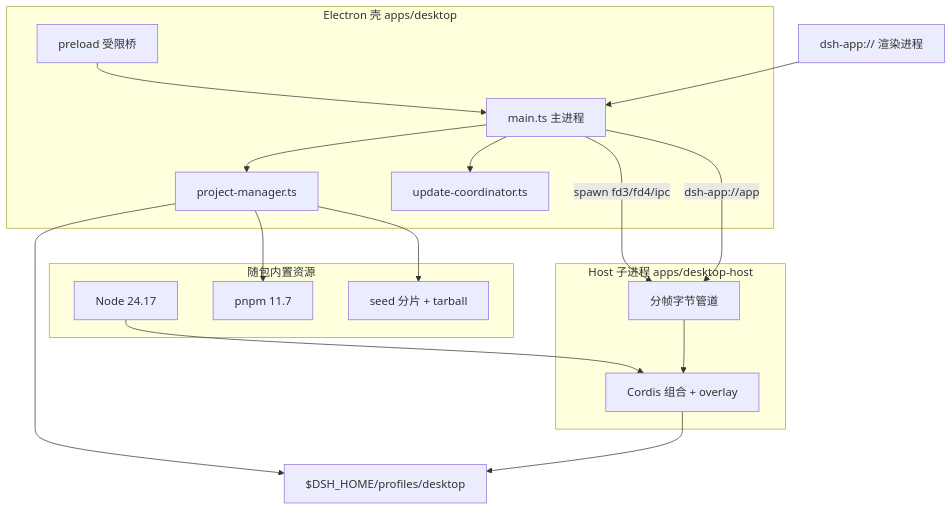
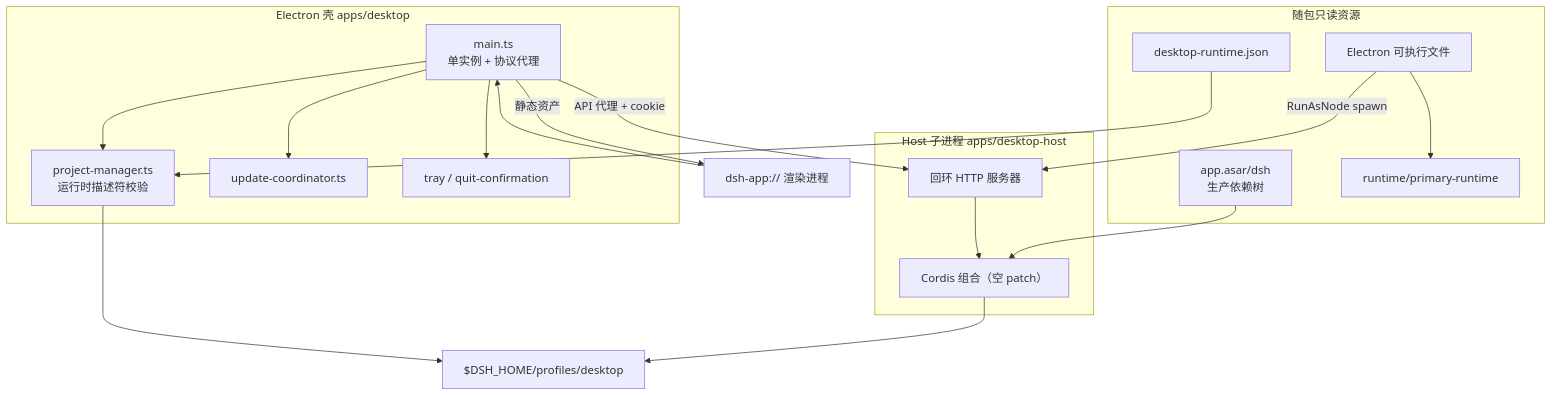
The first of 3 diagrams in ai-agent/deepseek-harness/desktop-app.md (morehao/oss-insights), drawn with Mermaid before and after one commit. The commit also changed other lines of this file and 28 other files, not shown here.

````diff
--- a/ai-agent/deepseek-harness/desktop-app.md
+++ b/ai-agent/deepseek-harness/desktop-app.md
@@ -59,32 +66,34 @@
 ```mermaid
 graph TB
   subgraph Shell["Electron 壳 apps/desktop"]
-    MainProc["main.ts 主进程"]
-    ProjectMgr["project-manager.ts"]
+    MainProc["main.ts<br>单实例 + 协议代理"]
+    ProjectMgr["project-manager.ts<br>运行时描述符校验"]
     Updater["update-coordinator.ts"]
-    ShellPreload["preload 受限桥"]
+    TrayMod["tray / quit-confirmation"]
   end
-  subgraph Bundled["随包内置资源"]
-    NodeBin["Node 24.17"]
-    PnpmBin["pnpm 11.7"]
-    Seed["seed 分片 + tarball"]
+  subgraph Bundled["随包只读资源"]
+    ElectronSelf["Electron 可执行文件"]
+    DshTree["app.asar/dsh<br>生产依赖树"]
+    Manifest["desktop-runtime.json"]
+    Primary["runtime/primary-runtime"]
   end
   subgraph HostProc["Host 子进程 apps/desktop-host"]
-    Wire["分帧字节管道"]
-    Compose["Cordis 组合 + overlay"]
+    Http["回环 HTTP 服务器"]
+    Compose["Cordis 组合（空 patch）"]
   end
   Profile["$DSH_HOME/profiles/desktop"]
   Renderer["dsh-app:// 渲染进程"]
-  ShellPreload --> MainProc
+  Renderer --> MainProc
   MainProc --> ProjectMgr
   MainProc --> Updater
-  ProjectMgr --> PnpmBin
-  ProjectMgr --> Seed
+  MainProc --> TrayMod
+  MainProc -->|"静态资产"| Renderer
+  MainProc -->|"API 代理 + cookie"| Http
+  ElectronSelf -->|"RunAsNode spawn"| Http
+  DshTree --> Compose
+  Manifest --> ProjectMgr
+  Http --> Compose
+  Compose --> Profile
   ProjectMgr --> Profile
-  MainProc -->|"spawn fd3/fd4/ipc"| Wire
-  NodeBin --> Compose
-  Wire --> Compose
-  Compose --> Profile
-  MainProc -->|"dsh-app://app"| Wire
-  Renderer --> MainProc
+  ElectronSelf --> Primary
 ```
````
